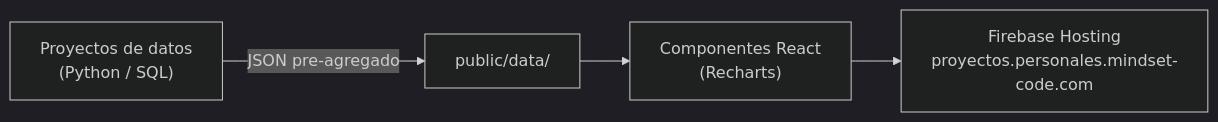
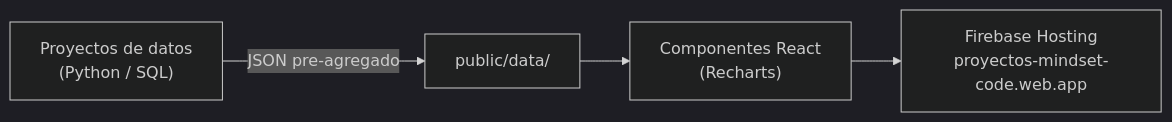
One commit to mindset-code/project-portfolio changed the second of 2 diagrams in README.md. Above: the diagram before and after it, drawn with Mermaid (dark theme). The commit also changed other lines of this file and 66 other files, not shown here.

````diff
--- a/README.md
+++ b/README.md
@@ -159,6 +159,6 @@
 ```mermaid
 flowchart LR
     A["Proyectos de datos<br/>(Python / SQL)"] -->|"JSON pre-agregado"| B["public/data/"]
     B --> C["Componentes React<br/>(Recharts)"]
-    C --> D["Firebase Hosting<br/>proyectos.personales.mindset-code.com"]
+    C --> D["Firebase Hosting<br/>proyectos-mindset-code.web.app"]
 ```
````
